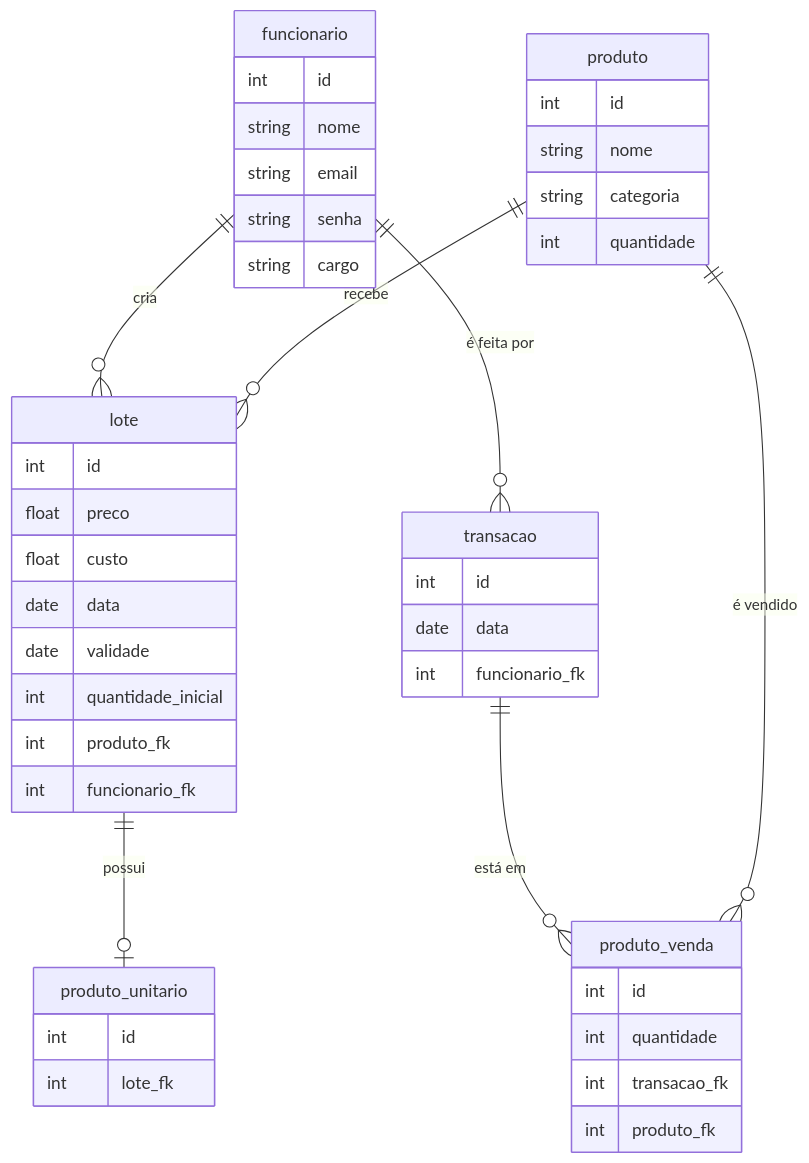
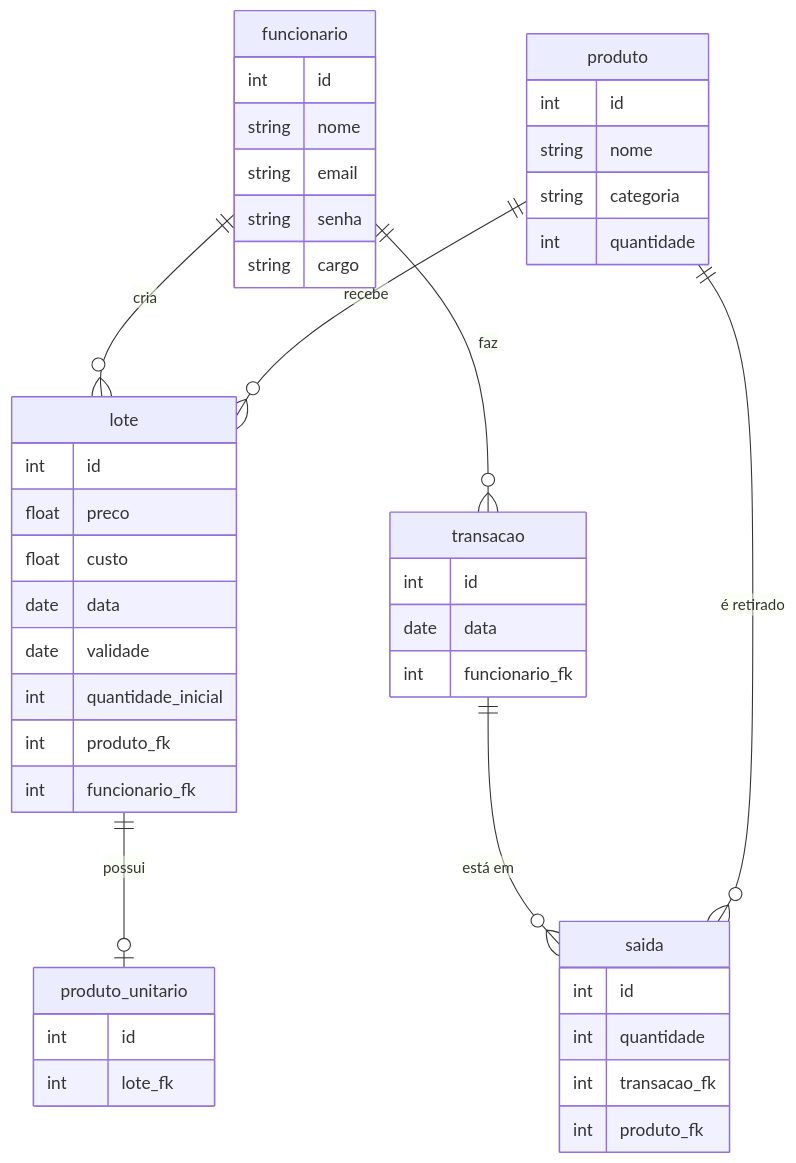
The diagram in documentacao/modelo-conceitual.md (Gabriela-Amaro/gerenciamento-de-estoque), drawn with Mermaid before and after one commit.

````diff
--- a/documentacao/modelo-conceitual.md
+++ b/documentacao/modelo-conceitual.md
@@ -3,53 +3,53 @@
 ```mermaid
 erDiagram
     funcionario {
         int id
         string nome
         string email
         string senha
         string cargo
     }
 
     transacao {
         int id
         date data
         int funcionario_fk
     }
 
-    produto_venda {
+    saida {
         int id
         int quantidade
         int transacao_fk
         int produto_fk
     }
 
     produto_unitario {
         int id
         int lote_fk
     }
 
     lote {
         int id
         float preco
         float custo
         date data
         date validade
         int quantidade_inicial
         int produto_fk
         int funcionario_fk
     }
 
     produto {
         int id
         string nome
         string categoria
         int quantidade
     }
 
     funcionario ||--o{ lote : "cria"
     lote ||--o| produto_unitario : "possui"
-    funcionario ||--o{ transacao : "é feita por"
-    transacao ||--o{ produto_venda : "está em"
+    funcionario ||--o{ transacao : "faz"
+    transacao ||--o{ saida : "está em"
     produto ||--o{ lote : "recebe"
-    produto ||--o{ produto_venda : "é vendido"
+    produto ||--o{ saida : "é retirado"
 ```
````
